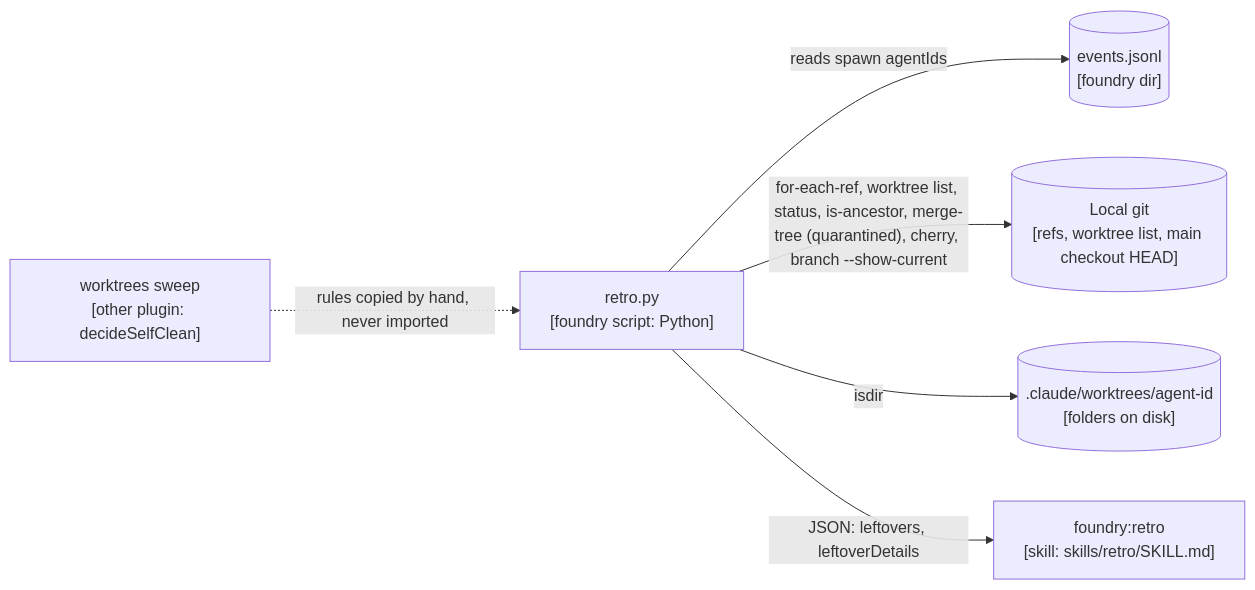
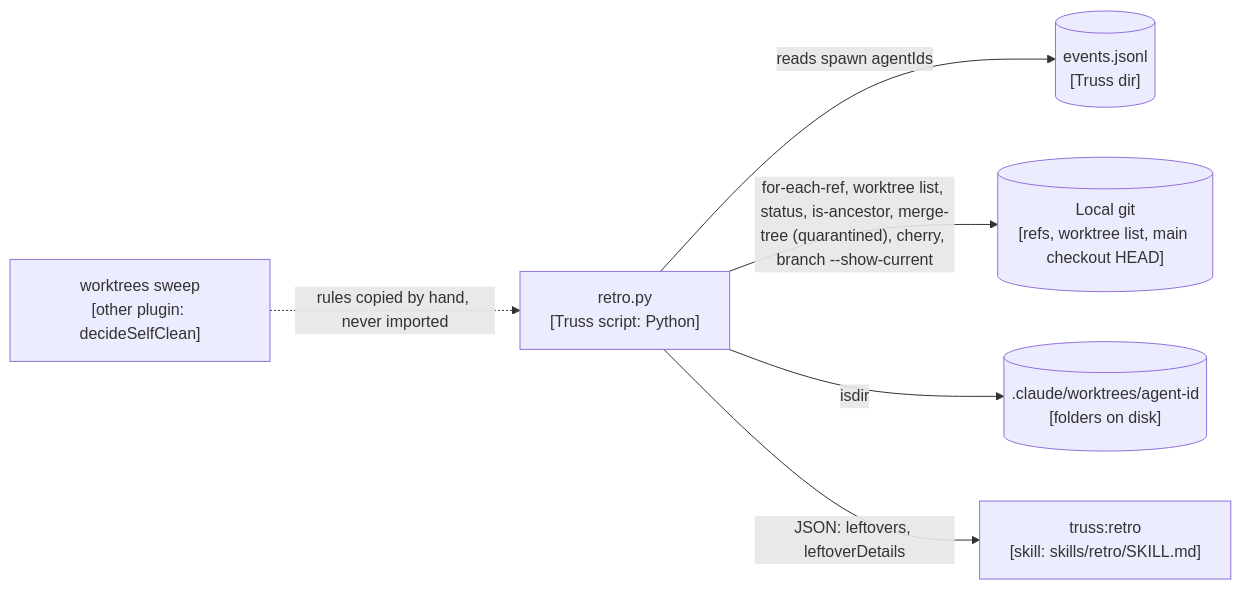
One commit to AbhiramDwivedi/truss changed diagram 15 of 16 in docs/architecture.md. Above: the diagram before and after it, drawn with Mermaid. The commit also changed other lines of this file and 61 other files, not shown here.

First line of the commit message:
refactor!: rename foundry to Truss (code, prompts, docs)

````diff
--- a/docs/architecture.md
+++ b/docs/architecture.md
@@ -835,14 +835,14 @@
 ```mermaid
 flowchart LR
-  retro["retro.py<br/>[foundry script: Python]"]
-  events[("events.jsonl<br/>[foundry dir]")]
+  retro["retro.py<br/>[Truss script: Python]"]
+  events[("events.jsonl<br/>[Truss dir]")]
   git[("Local git<br/>[refs, worktree list, main checkout HEAD]")]
   disk[(".claude/worktrees/agent-id<br/>[folders on disk]")]
-  skill["foundry:retro<br/>[skill: skills/retro/SKILL.md]"]
+  skill["truss:retro<br/>[skill: skills/retro/SKILL.md]"]
   sweep["worktrees sweep<br/>[other plugin: decideSelfClean]"]
   retro -->|"reads spawn agentIds"| events
   retro -->|"for-each-ref, worktree list, status, is-ancestor, merge-tree (quarantined), cherry, branch --show-current"| git
   retro -->|"isdir"| disk
   retro -->|"JSON: leftovers, leftoverDetails"| skill
   sweep -.->|"rules copied by hand, never imported"| retro
 ```
````
